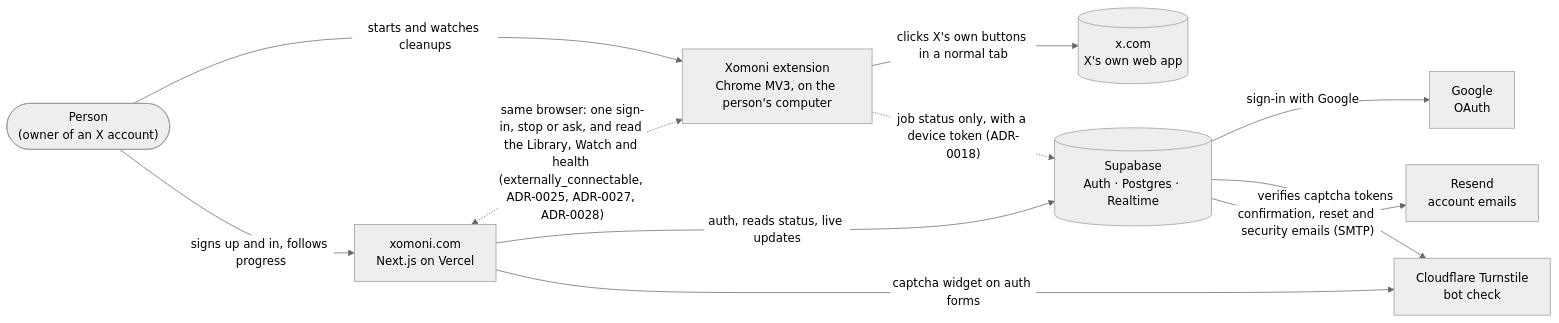
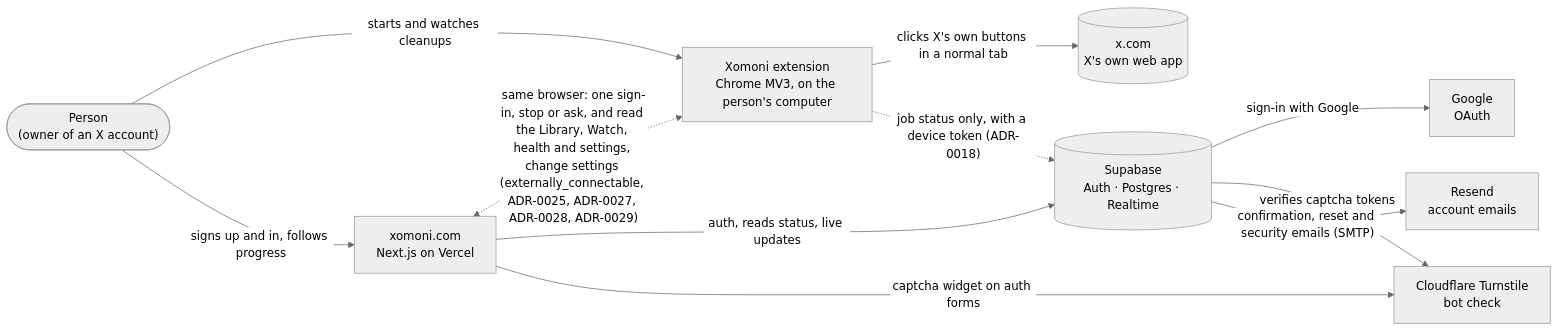
One commit to pirdehi/xomoni changed the first of 5 diagrams in docs/ARCHITECTURE.md. Above: the diagram before and after it, drawn with Mermaid (neutral theme). The commit also changed other lines of this file and 36 other files, not shown here.

````diff
--- a/docs/ARCHITECTURE.md
+++ b/docs/ARCHITECTURE.md
@@ -29,22 +29,22 @@
 ```mermaid
 flowchart LR
   person(["Person<br/>(owner of an X account)"])
   ext["Xomoni extension<br/>Chrome MV3, on the person's computer"]
   web["xomoni.com<br/>Next.js on Vercel"]
   x[("x.com<br/>X's own web app")]
   sb[("Supabase<br/>Auth · Postgres · Realtime")]
   google["Google<br/>OAuth"]
   resend["Resend<br/>account emails"]
   turnstile["Cloudflare Turnstile<br/>bot check"]
 
   person -- "starts and watches cleanups" --> ext
   person -- "signs up and in, follows progress" --> web
   ext -- "clicks X's own buttons in a normal tab" --> x
   ext -. "job status only, with a device token (ADR-0018)" .-> sb
-  web <-. "same browser: one sign-in, stop or ask, and read the Library, Watch and health (externally_connectable, ADR-0025, ADR-0027, ADR-0028)" .-> ext
+  web <-. "same browser: one sign-in, stop or ask, and read the Library, Watch, health and settings, change settings (externally_connectable, ADR-0025, ADR-0027, ADR-0028, ADR-0029)" .-> ext
   web -- "auth, reads status, live updates" --> sb
   web -- "captcha widget on auth forms" --> turnstile
   sb -- "sign-in with Google" --> google
   sb -- "verifies captcha tokens" --> turnstile
   sb -- "confirmation, reset and security emails (SMTP)" --> resend
 ```
````
